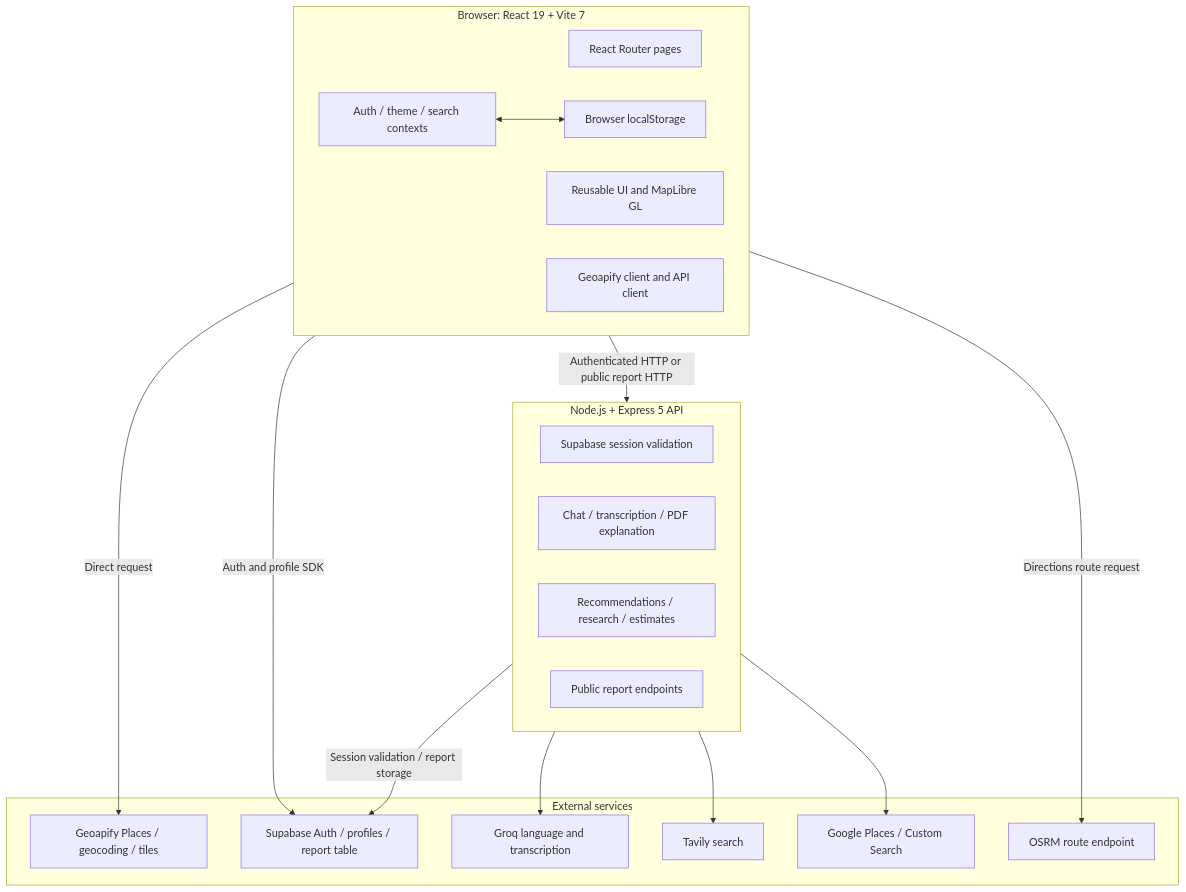
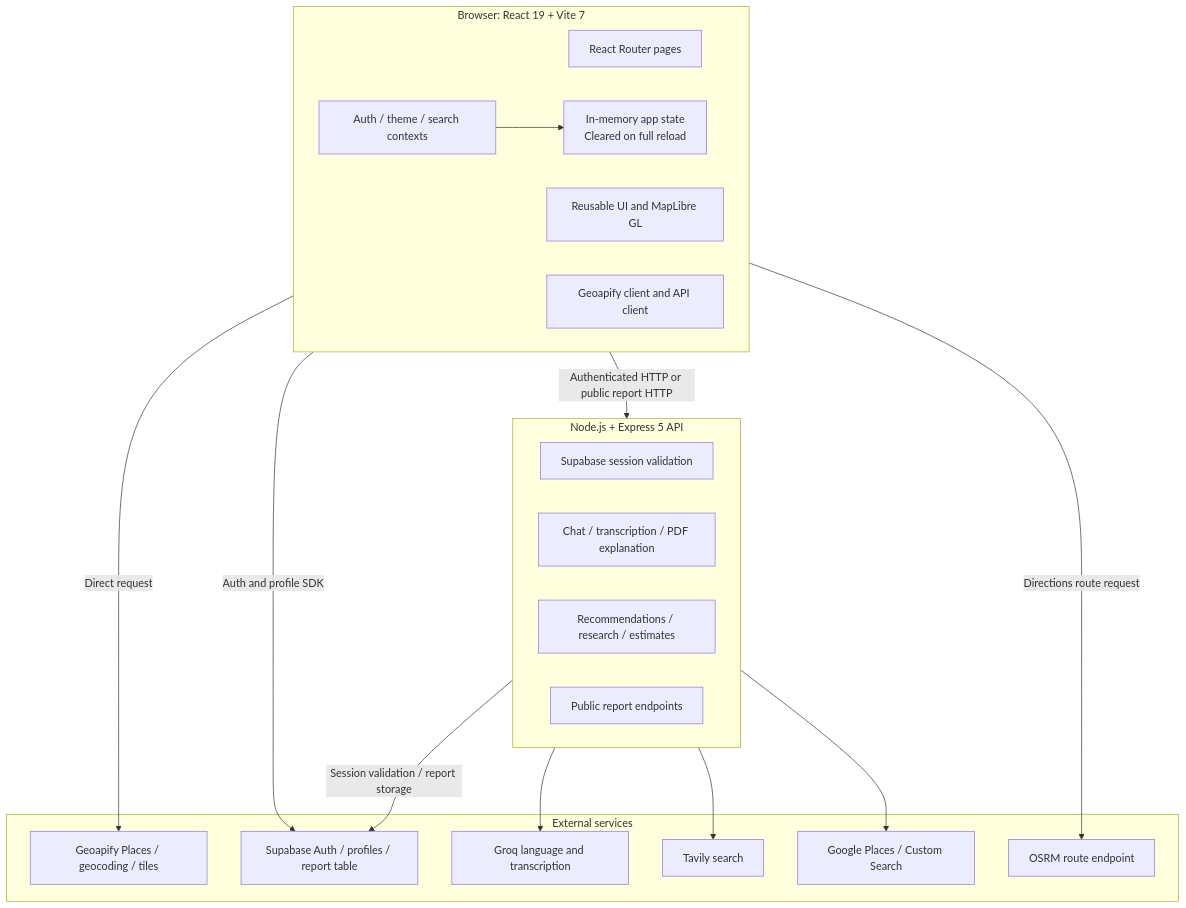
One commit to vanshkatnor1505/BuiltTechies changed the third of 3 diagrams in CUREPULSE_PROJECT_DOCUMENTATION.md. Above: the diagram before and after it, drawn with Mermaid. The commit also changed other lines of this file, not shown here.

Commit message:
feat: update facility comparison and search state management to use in-memory context

````diff
--- a/CUREPULSE_PROJECT_DOCUMENTATION.md
+++ b/CUREPULSE_PROJECT_DOCUMENTATION.md
@@ -387,33 +399,33 @@
 ```mermaid
 flowchart TB
     subgraph Browser[Browser: React 19 + Vite 7]
         Routes[React Router pages]
         Components[Reusable UI and MapLibre GL]
         State[Auth / theme / search contexts]
         Services[Geoapify client and API client]
-        Storage[Browser localStorage]
+        SessionState[In-memory app state\nCleared on full reload]
     end
     subgraph Backend[Node.js + Express 5 API]
         Auth[Supabase session validation]
         AI[Chat / transcription / PDF explanation]
         Research[Recommendations / research / estimates]
         Reports[Public report endpoints]
     end
     subgraph Providers[External services]
         Geo[Geoapify Places / geocoding / tiles]
         SB[Supabase Auth / profiles / report table]
         Groq[Groq language and transcription]
         Tavily[Tavily search]
         Google[Google Places / Custom Search]
         OSRM[OSRM route endpoint]
     end
     Browser -->|Direct request| Geo
     Browser -->|Auth and profile SDK| SB
     Browser -->|Authenticated HTTP or public report HTTP| Backend
     Backend -->|Session validation / report storage| SB
     Backend --> Groq
     Backend --> Tavily
     Backend --> Google
     Browser -->|Directions route request| OSRM
-    State <--> Storage
+    State --> SessionState
 ```
````
